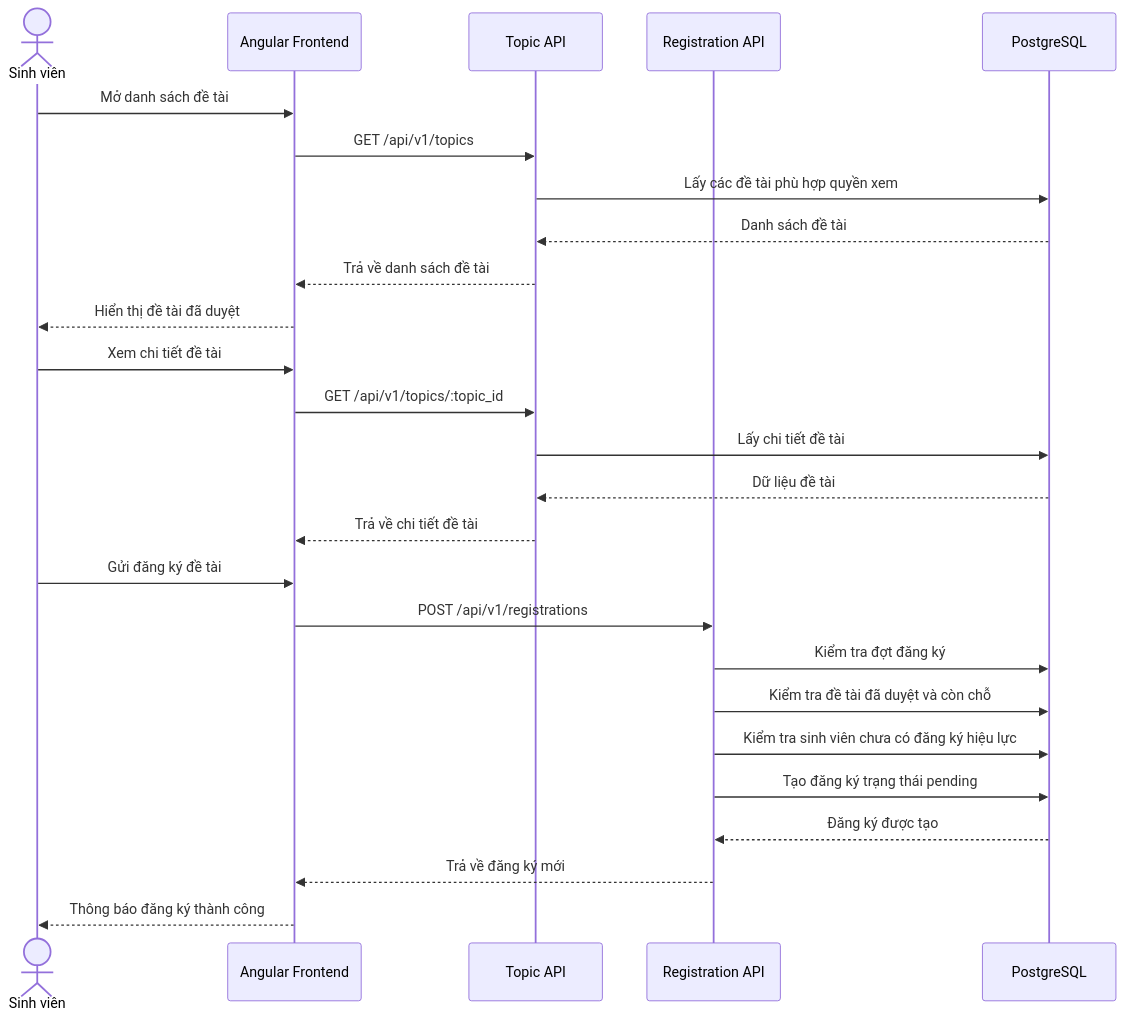
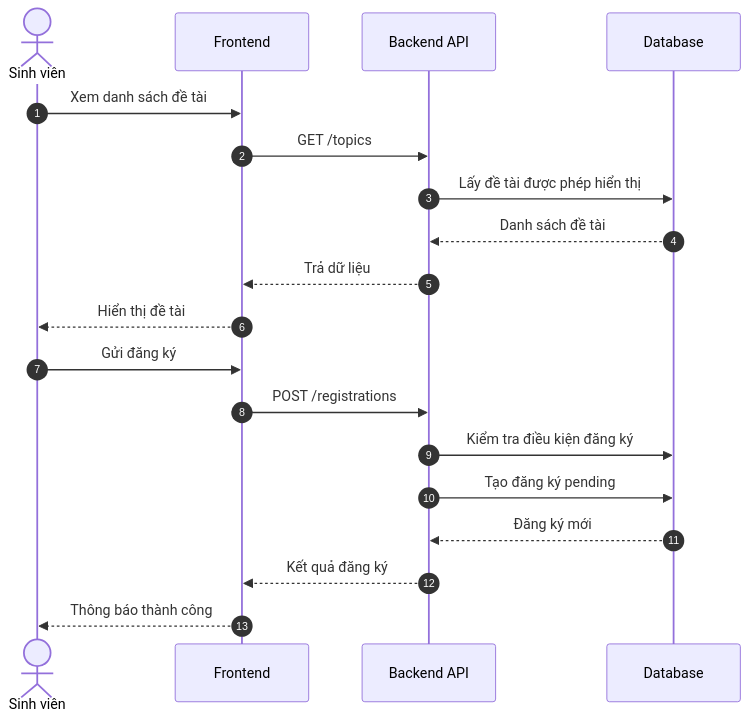
Before and after one commit to VanTruong475/research-thesis-portal: diagram 11 of 13 in docs/diagrams_research_thesis_portal.md, drawn with Mermaid. The commit also changed other lines of this file, not shown here.

Commit message:
docs(diagrams): simplify thesis report diagrams

````diff
--- a/docs/diagrams_research_thesis_portal.md
+++ b/docs/diagrams_research_thesis_portal.md
@@ -473,31 +593,23 @@
 ```mermaid
 sequenceDiagram
+    autonumber
     actor Student as Sinh viên
-    participant Web as Angular Frontend
-    participant TopicAPI as Topic API
-    participant RegistrationAPI as Registration API
-    participant DB as PostgreSQL
+    participant Web as Frontend
+    participant API as Backend API
+    participant DB as Database
 
-    Student->>Web: Mở danh sách đề tài
-    Web->>TopicAPI: GET /api/v1/topics
-    TopicAPI->>DB: Lấy các đề tài phù hợp quyền xem
-    DB-->>TopicAPI: Danh sách đề tài
-    TopicAPI-->>Web: Trả về danh sách đề tài
-    Web-->>Student: Hiển thị đề tài đã duyệt
+    Student->>Web: Xem danh sách đề tài
+    Web->>API: GET /topics
+    API->>DB: Lấy đề tài được phép hiển thị
+    DB-->>API: Danh sách đề tài
+    API-->>Web: Trả dữ liệu
+    Web-->>Student: Hiển thị đề tài
 
-    Student->>Web: Xem chi tiết đề tài
-    Web->>TopicAPI: GET /api/v1/topics/:topic_id
-    TopicAPI->>DB: Lấy chi tiết đề tài
-    DB-->>TopicAPI: Dữ liệu đề tài
-    TopicAPI-->>Web: Trả về chi tiết đề tài
-
-    Student->>Web: Gửi đăng ký đề tài
-    Web->>RegistrationAPI: POST /api/v1/registrations
-    RegistrationAPI->>DB: Kiểm tra đợt đăng ký
-    RegistrationAPI->>DB: Kiểm tra đề tài đã duyệt và còn chỗ
-    RegistrationAPI->>DB: Kiểm tra sinh viên chưa có đăng ký hiệu lực
-    RegistrationAPI->>DB: Tạo đăng ký trạng thái pending
-    DB-->>RegistrationAPI: Đăng ký được tạo
-    RegistrationAPI-->>Web: Trả về đăng ký mới
-    Web-->>Student: Thông báo đăng ký thành công
+    Student->>Web: Gửi đăng ký
+    Web->>API: POST /registrations
+    API->>DB: Kiểm tra điều kiện đăng ký
+    API->>DB: Tạo đăng ký pending
+    DB-->>API: Đăng ký mới
+    API-->>Web: Kết quả đăng ký
+    Web-->>Student: Thông báo thành công
 ```
````
